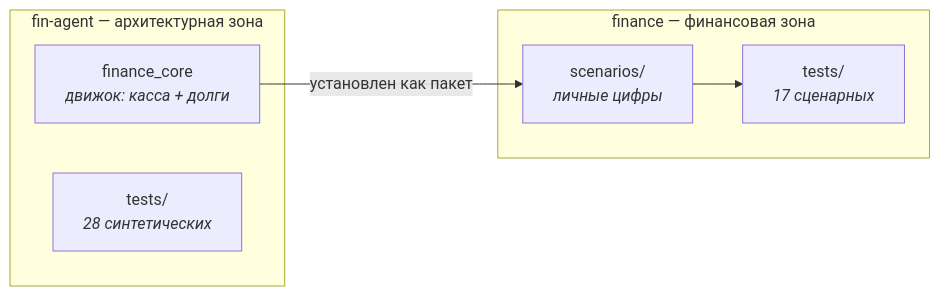
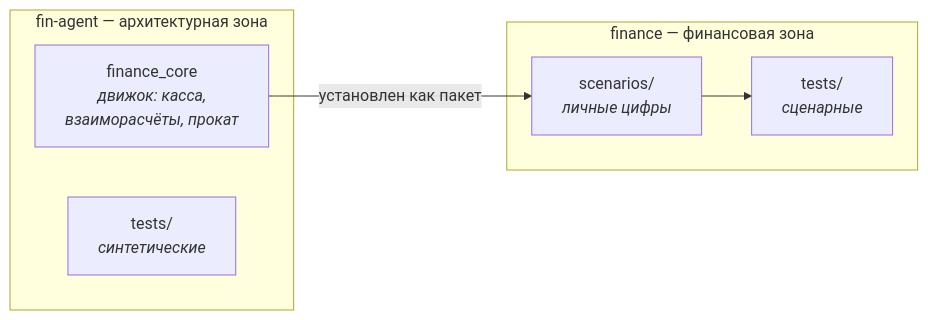
The first of 2 diagrams in docs/reference/how-to-work.md (ntin60775/fin-agent), drawn with Mermaid before and after one commit. The commit also changed 11 other files, not shown here.

````diff
--- a/docs/reference/how-to-work.md
+++ b/docs/reference/how-to-work.md
@@ -31,13 +31,13 @@
 ```mermaid
 flowchart LR
     subgraph A["fin-agent — архитектурная зона"]
-        E["finance_core<br/><i>движок: касса + долги</i>"]
-        AT["tests/<br/><i>28 синтетических</i>"]
+        E["finance_core<br/><i>движок: касса,<br/>взаиморасчёты, прокат</i>"]
+        AT["tests/<br/><i>синтетические</i>"]
     end
     subgraph F["finance — финансовая зона"]
         S["scenarios/<br/><i>личные цифры</i>"]
-        FT["tests/<br/><i>17 сценарных</i>"]
+        FT["tests/<br/><i>сценарные</i>"]
     end
     E -->|"установлен как пакет"| S
     S --> FT
 ```
````
